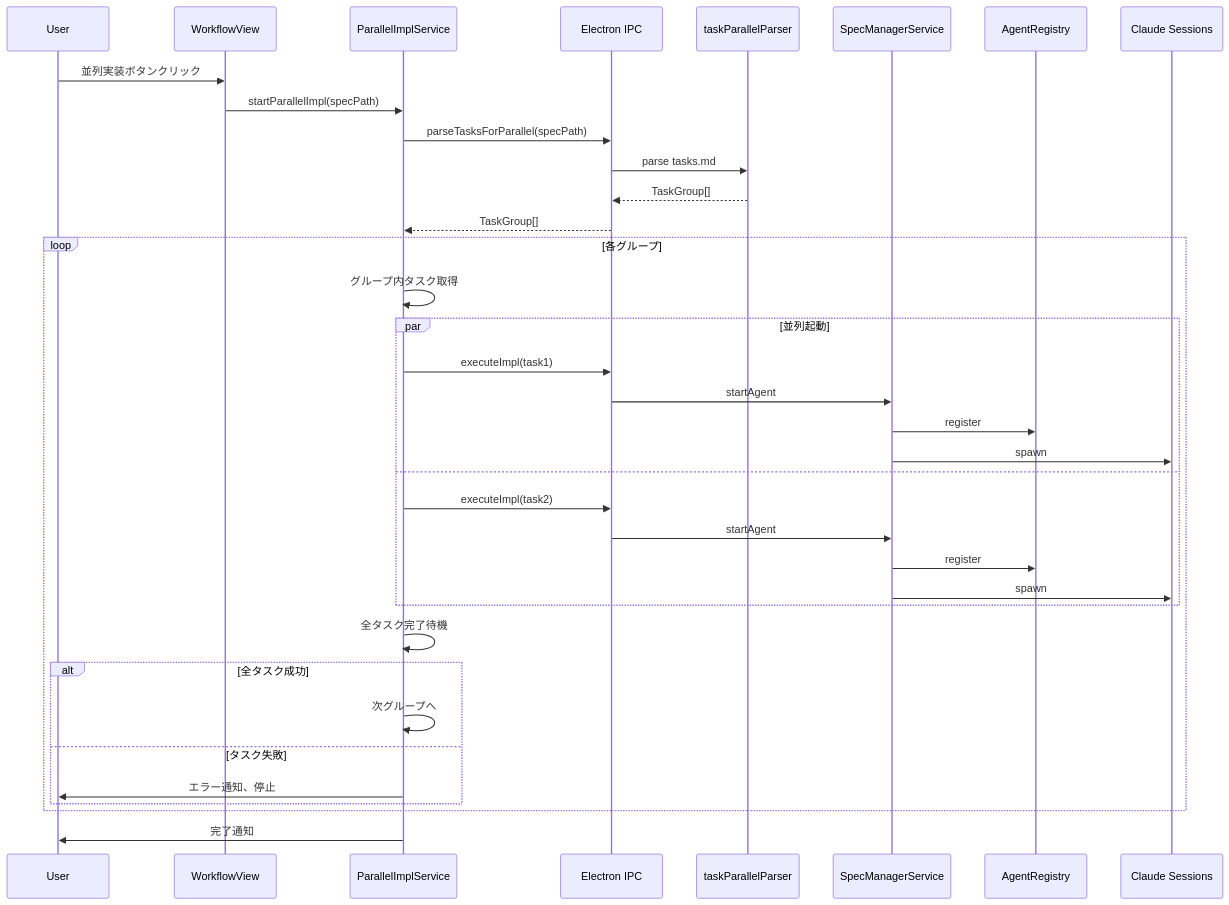
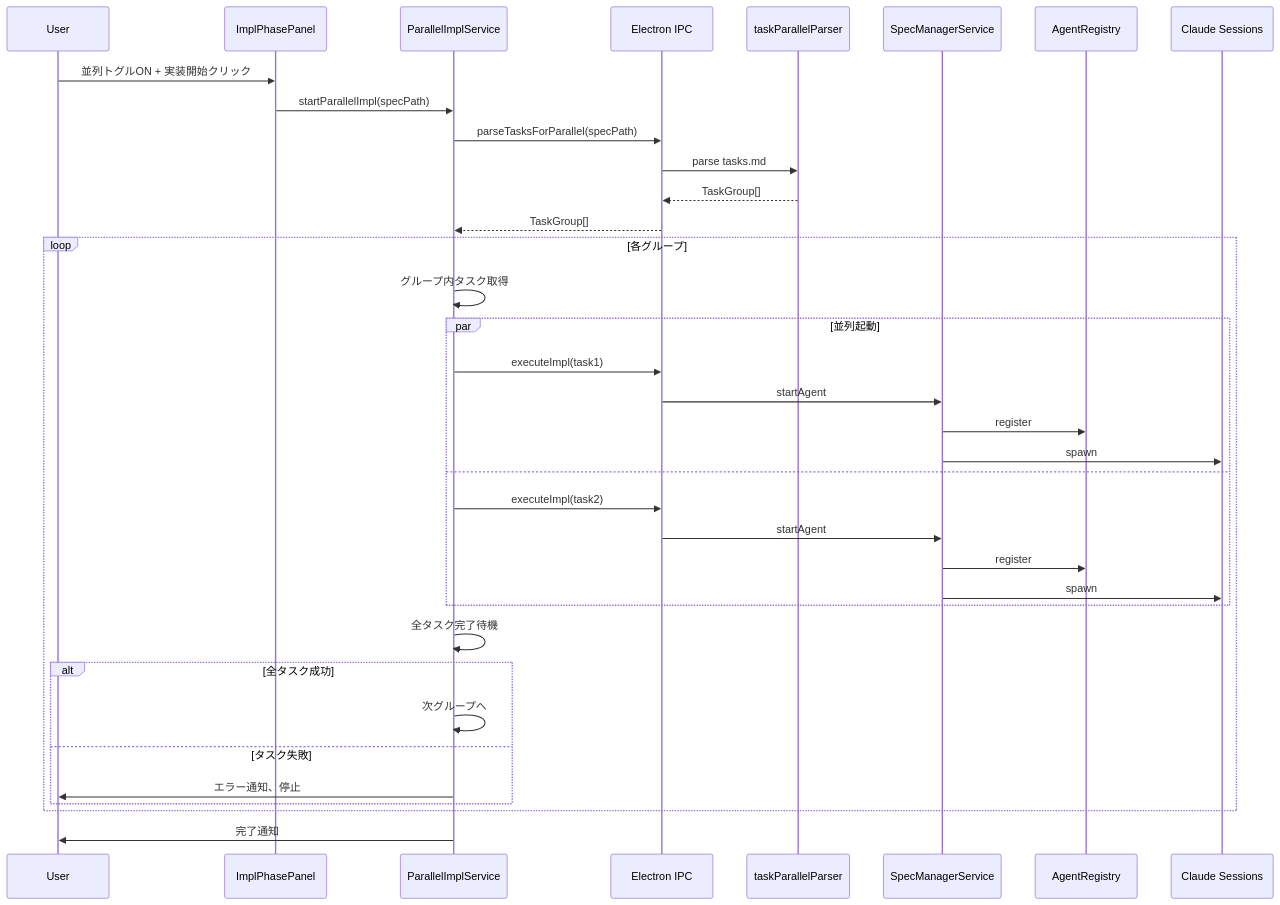
One commit to hummer98/sdd-orchestrator changed the second of 3 diagrams in .kiro/specs/parallel-task-impl/design.md. Above: the diagram before and after it, drawn with Mermaid. The commit also changed other lines of this file and 5 other files, not shown here.

First line of the commit message:
docs(parallel-task-impl): update spec with document review

````diff
--- a/.kiro/specs/parallel-task-impl/design.md
+++ b/.kiro/specs/parallel-task-impl/design.md
@@ -89,44 +85,44 @@
 ```mermaid
 sequenceDiagram
     participant User
-    participant WorkflowView as WorkflowView
+    participant ImplPanel as ImplPhasePanel
     participant ParallelSvc as ParallelImplService
     participant IPC as Electron IPC
     participant Parser as taskParallelParser
     participant SpecMgr as SpecManagerService
     participant Registry as AgentRegistry
     participant Claude as Claude Sessions
 
-    User->>WorkflowView: 並列実装ボタンクリック
-    WorkflowView->>ParallelSvc: startParallelImpl(specPath)
+    User->>ImplPanel: 並列トグルON + 実装開始クリック
+    ImplPanel->>ParallelSvc: startParallelImpl(specPath)
     ParallelSvc->>IPC: parseTasksForParallel(specPath)
     IPC->>Parser: parse tasks.md
     Parser-->>IPC: TaskGroup[]
     IPC-->>ParallelSvc: TaskGroup[]
 
     loop 各グループ
         ParallelSvc->>ParallelSvc: グループ内タスク取得
 
         par 並列起動
             ParallelSvc->>IPC: executeImpl(task1)
             IPC->>SpecMgr: startAgent
             SpecMgr->>Registry: register
             SpecMgr->>Claude: spawn
         and
             ParallelSvc->>IPC: executeImpl(task2)
             IPC->>SpecMgr: startAgent
             SpecMgr->>Registry: register
             SpecMgr->>Claude: spawn
         end
 
         ParallelSvc->>ParallelSvc: 全タスク完了待機
 
         alt 全タスク成功
             ParallelSvc->>ParallelSvc: 次グループへ
         else タスク失敗
             ParallelSvc->>User: エラー通知、停止
         end
     end
 
     ParallelSvc->>User: 完了通知
 ```
````
